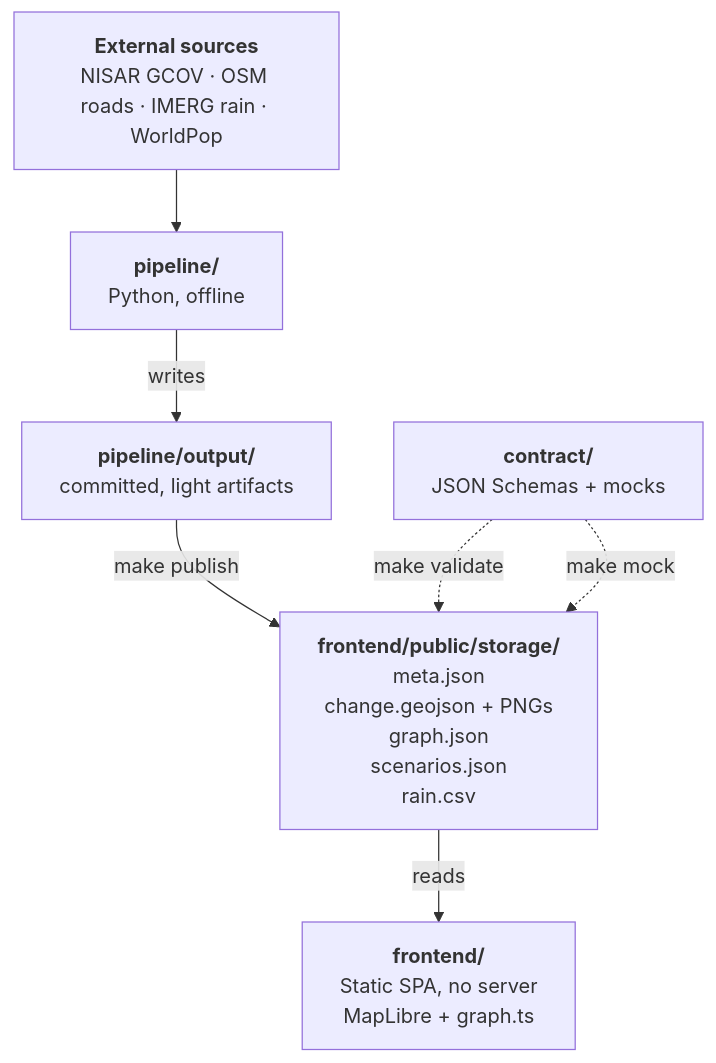
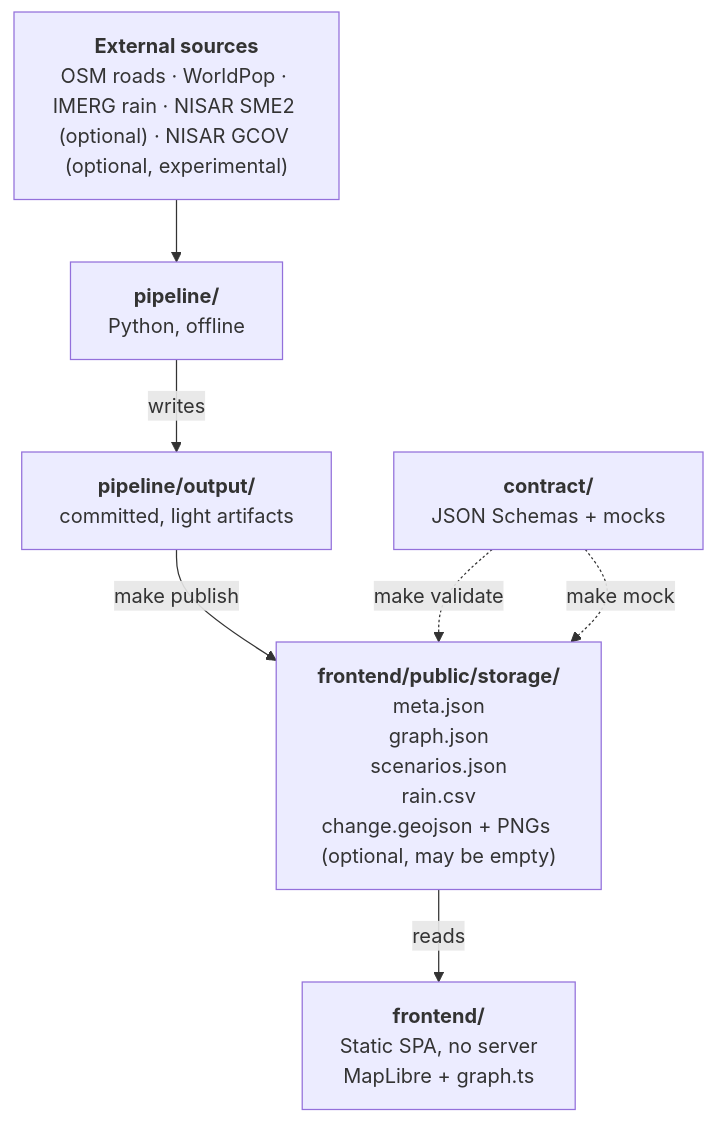
One commit to WGuillenDev/vantage changed the diagram in context/structure.md. Above: the diagram before and after it, drawn with Mermaid. The commit also changed other lines of this file and 6 other files, not shown here.

First line of the commit message:
docs(context): pivot to consequence x exposure

````diff
--- a/context/structure.md
+++ b/context/structure.md
@@ -7,16 +7,16 @@
 ```mermaid
 flowchart TD
-    src["<b>External sources</b><br/>NISAR GCOV · OSM roads · IMERG rain · WorldPop"]
+    src["<b>External sources</b><br/>OSM roads · WorldPop · IMERG rain · NISAR SME2 (optional) · NISAR GCOV (optional, experimental)"]
     pipe["<b>pipeline/</b><br/>Python, offline"]
     out["<b>pipeline/output/</b><br/>committed, light artifacts"]
-    data["<b>frontend/public/storage/</b><br/>meta.json<br/>change.geojson + PNGs<br/>graph.json<br/>scenarios.json<br/>rain.csv"]
+    data["<b>frontend/public/storage/</b><br/>meta.json<br/>graph.json<br/>scenarios.json<br/>rain.csv<br/>change.geojson + PNGs (optional, may be empty)"]
     spa["<b>frontend/</b><br/>Static SPA, no server<br/>MapLibre + graph.ts"]
     contract["<b>contract/</b><br/>JSON Schemas + mocks"]
 
     src --> pipe
     pipe -->|writes| out
     out -->|make publish| data
     data -->|reads| spa
     contract -. "make validate" .-> data
     contract -. "make mock" .-> data
 ```
````
